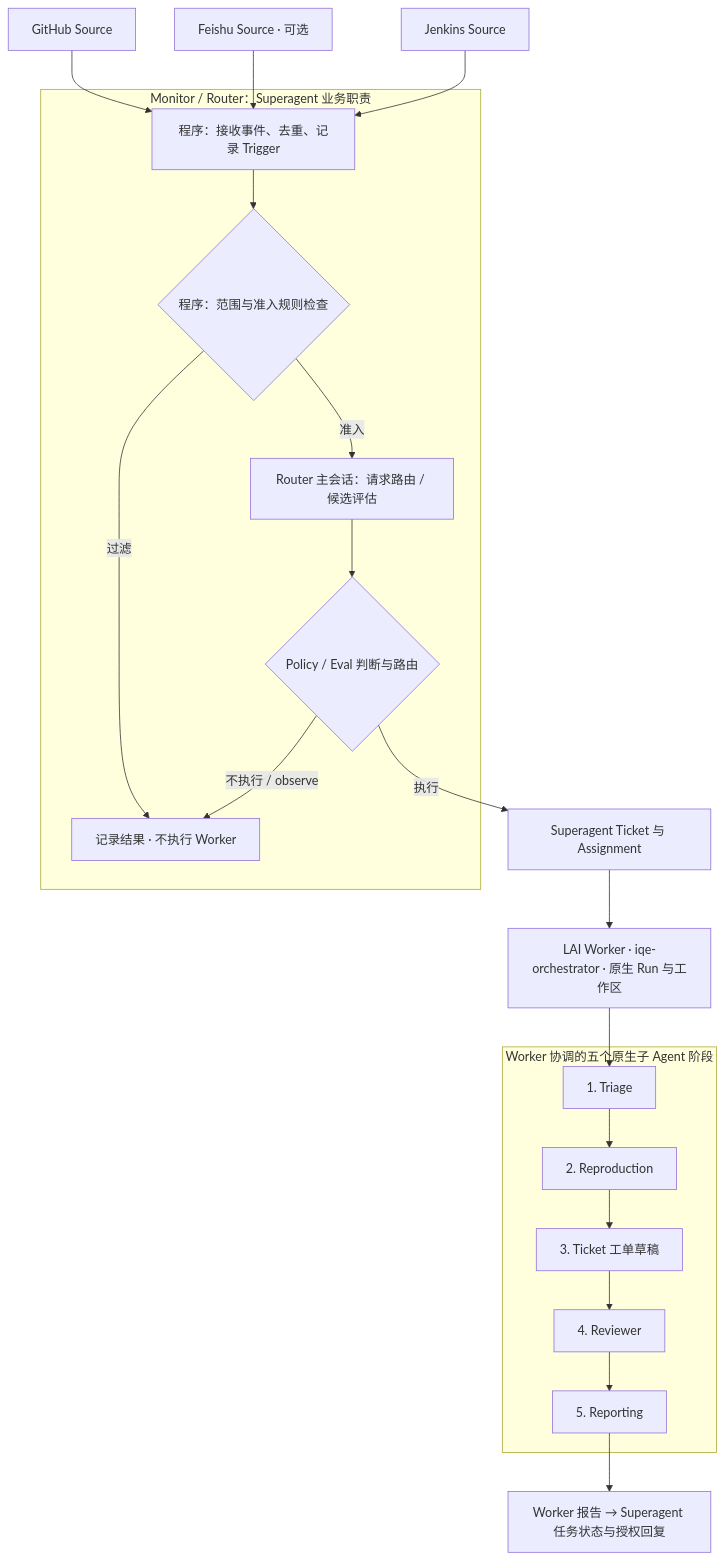
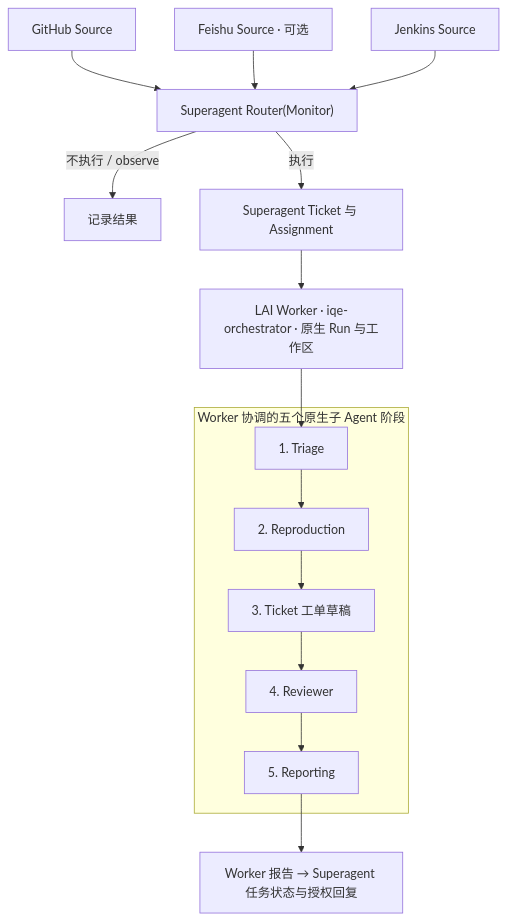
Before and after one commit to devsuperjin/LAI-Trial: the diagram in README.zh-CN.md, drawn with Mermaid. The commit also changed other lines of this file and 3 other files, not shown here.

Commit message:
docs: simplify Monitor flow to a single Superagent Router node

````diff
--- a/README.zh-CN.md
+++ b/README.zh-CN.md
@@ -20,26 +20,20 @@
 ```mermaid
 flowchart TD
     GH["GitHub Source"]
     FS["Feishu Source · 可选"]
     JK["Jenkins Source"]
-    subgraph Monitor["Monitor / Router：Superagent 业务职责"]
-        Intake["程序：接收事件、去重、记录 Trigger"] --> Gate{"程序：范围与准入规则检查"}
-        Gate -->|过滤| Record["记录结果 · 不执行 Worker"]
-        Gate -->|准入| Router["Router 主会话：请求路由 / 候选评估"]
-        Router --> Decision{"Policy / Eval 判断与路由"}
-        Decision -->|不执行 / observe| Record
-    end
-    GH --> Intake
-    FS --> Intake
-    JK --> Intake
-    Decision -->|执行| Task["Superagent Ticket 与 Assignment"]
+    GH --> Router["Superagent Router(Monitor)"]
+    FS --> Router
+    JK --> Router
+    Router -->|不执行 / observe| Record["记录结果"]
+    Router -->|执行| Task["Superagent Ticket 与 Assignment"]
     Task --> Worker["LAI Worker · iqe-orchestrator · 原生 Run 与工作区"]
     subgraph Pipeline["Worker 协调的五个原生子 Agent 阶段"]
         Triage["1. Triage"] --> Reproduce["2. Reproduction"]
         Reproduce --> Ticket["3. Ticket 工单草稿"]
         Ticket --> Review["4. Reviewer"]
         Review --> Reporter["5. Reporting"]
     end
     Worker --> Triage
     Reporter --> Result["Worker 报告 → Superagent 任务状态与授权回复"]
 ```
````
